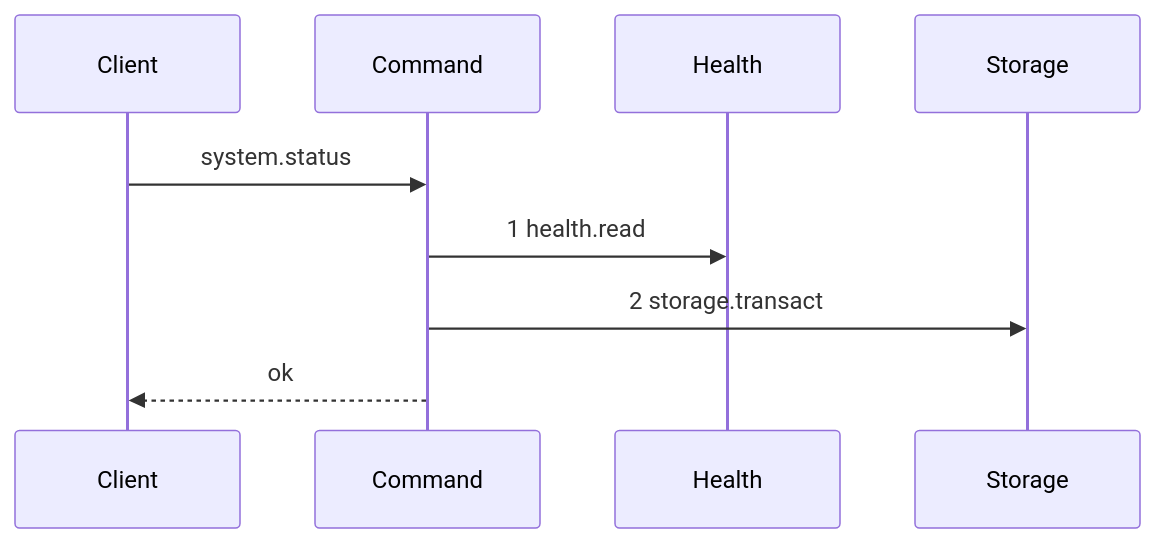
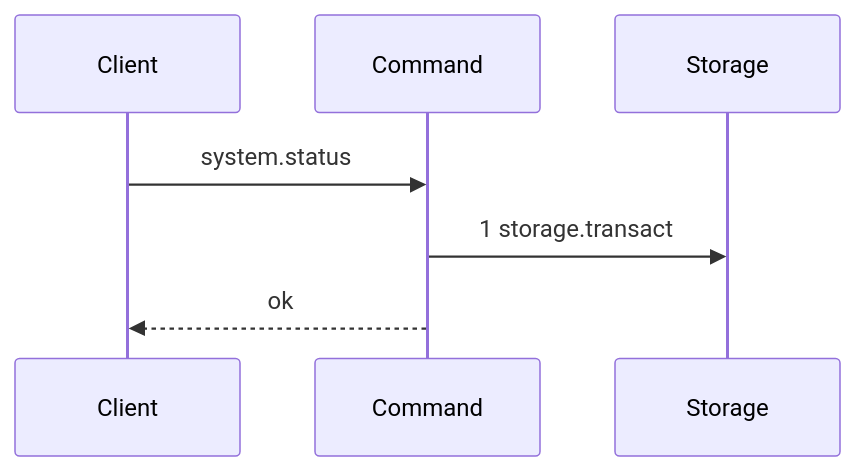
One commit to kanthorlabs/kanthord-engine changed the second of 2 diagrams in .agents/plan/stories/050.5-the-lease-table-removal/04-system-status-drops-the-lease-projection.md. Above: the diagram before and after it, drawn with Mermaid. The commit also changed other lines of this file and 11 other files, not shown here.

````diff
--- a/.agents/plan/stories/050.5-the-lease-table-removal/04-system-status-drops-the-lease-projection.md
+++ b/.agents/plan/stories/050.5-the-lease-table-removal/04-system-status-drops-the-lease-projection.md
@@ -49,11 +52,9 @@
 ```mermaid
 sequenceDiagram
     participant Client
     participant Command
-    participant Health
     participant Storage
     Client->>Command: system.status
-    Command->>Health: 1 health.read
-    Command->>Storage: 2 storage.transact
+    Command->>Storage: 1 storage.transact
     Command-->>Client: ok
 ```
````
